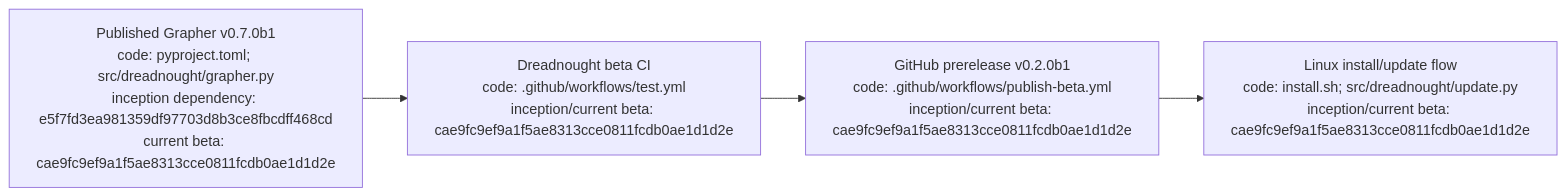
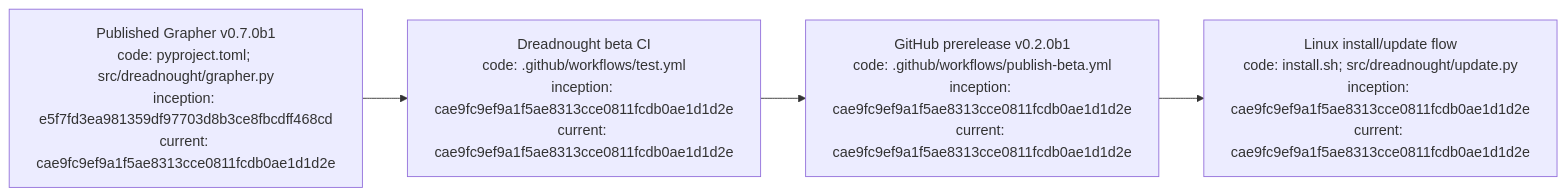
Before and after one commit to seanbman/dreadnought: the diagram in docs/RELEASE_0.2.0b1.md, drawn with Mermaid. The commit also changed other lines of this file, not shown here.

Commit message:
Normalize Dreadnought release provenance markers

````diff
--- a/docs/RELEASE_0.2.0b1.md
+++ b/docs/RELEASE_0.2.0b1.md
@@ -39,4 +39,4 @@
 ```mermaid
 flowchart LR
-    G["Published Grapher v0.7.0b1\ncode: pyproject.toml; src/dreadnought/grapher.py\ninception dependency: e5f7fd3ea981359df97703d8b3ce8fbcdff468cd\ncurrent beta: cae9fc9ef9a1f5ae8313cce0811fcdb0ae1d1d2e"] --> C["Dreadnought beta CI\ncode: .github/workflows/test.yml\ninception/current beta: cae9fc9ef9a1f5ae8313cce0811fcdb0ae1d1d2e"] --> R["GitHub prerelease v0.2.0b1\ncode: .github/workflows/publish-beta.yml\ninception/current beta: cae9fc9ef9a1f5ae8313cce0811fcdb0ae1d1d2e"] --> I["Linux install/update flow\ncode: install.sh; src/dreadnought/update.py\ninception/current beta: cae9fc9ef9a1f5ae8313cce0811fcdb0ae1d1d2e"]
+    G["Published Grapher v0.7.0b1\ncode: pyproject.toml; src/dreadnought/grapher.py\ninception: e5f7fd3ea981359df97703d8b3ce8fbcdff468cd\ncurrent: cae9fc9ef9a1f5ae8313cce0811fcdb0ae1d1d2e"] --> C["Dreadnought beta CI\ncode: .github/workflows/test.yml\ninception: cae9fc9ef9a1f5ae8313cce0811fcdb0ae1d1d2e\ncurrent: cae9fc9ef9a1f5ae8313cce0811fcdb0ae1d1d2e"] --> R["GitHub prerelease v0.2.0b1\ncode: .github/workflows/publish-beta.yml\ninception: cae9fc9ef9a1f5ae8313cce0811fcdb0ae1d1d2e\ncurrent: cae9fc9ef9a1f5ae8313cce0811fcdb0ae1d1d2e"] --> I["Linux install/update flow\ncode: install.sh; src/dreadnought/update.py\ninception: cae9fc9ef9a1f5ae8313cce0811fcdb0ae1d1d2e\ncurrent: cae9fc9ef9a1f5ae8313cce0811fcdb0ae1d1d2e"]
 ```
````
